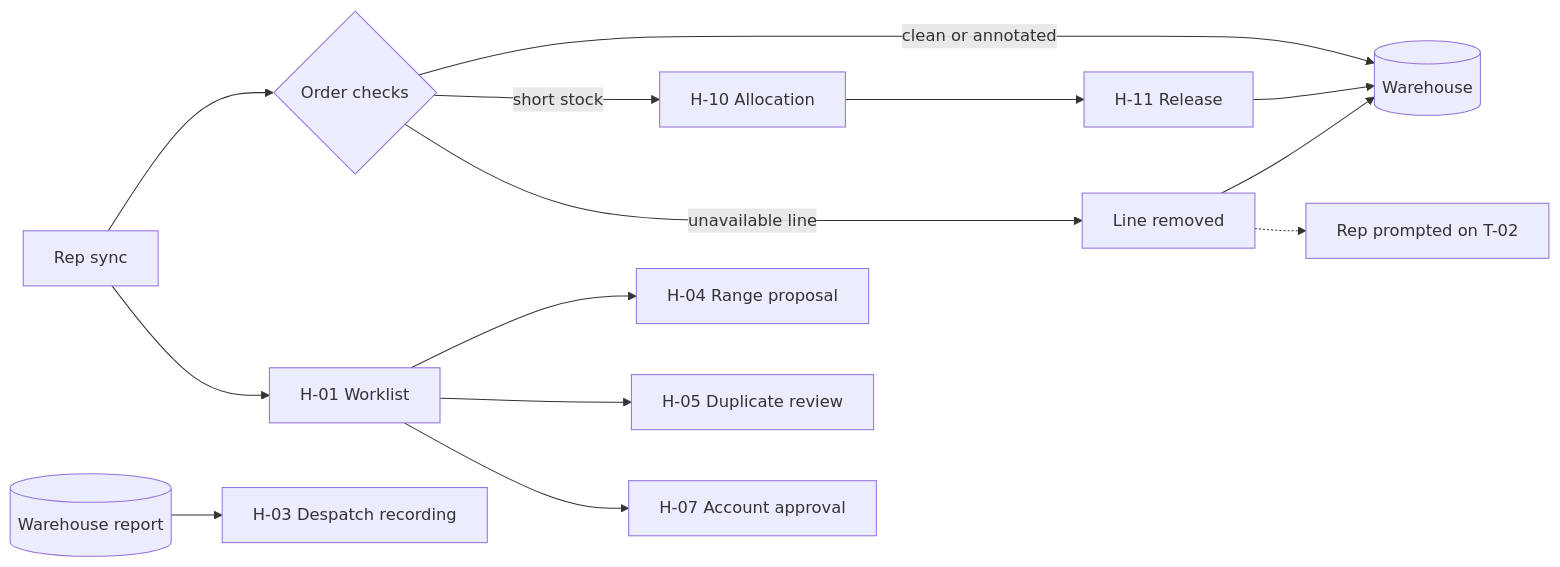
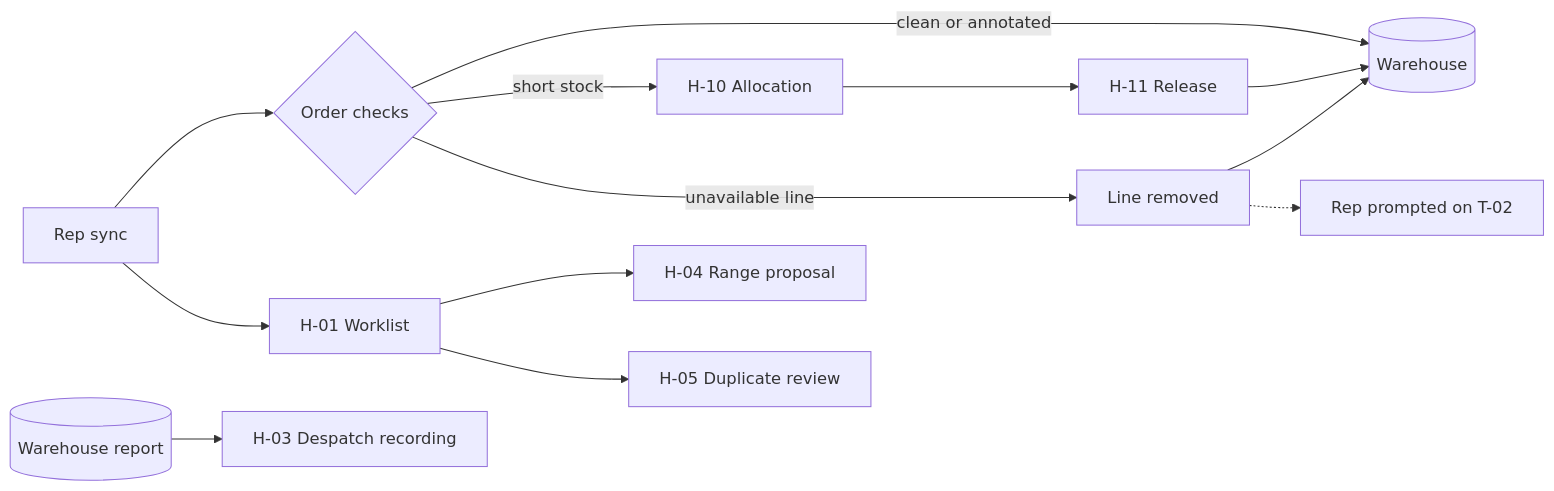
Before and after one commit to ColmKenna/field_sales_stories: the diagram in plan_docs/uxdocs/02-head-office.md, drawn with Mermaid. The commit also changed other lines of this file and 9 other files, not shown here.

````diff
--- a/plan_docs/uxdocs/02-head-office.md
+++ b/plan_docs/uxdocs/02-head-office.md
@@ -10,14 +10,14 @@
 ```mermaid
 flowchart LR
     S[Rep sync] --> AUTO{Order checks}
     AUTO -->|clean or annotated| WH[(Warehouse)]
     AUTO -->|short stock| AL[H-10 Allocation]
     AL --> R2[H-11 Release] --> WH
     AUTO -->|unavailable line| REJ[Line removed] --> WH
     REJ -.-> HOME[Rep prompted on T-02]
     S --> W[H-01 Worklist]
     W --> P[H-04 Range proposal]
     W --> D[H-05 Duplicate review]
-    W --> ACC[H-07 Account approval]
+    %% H-07 Account approval replaced by M-17 on the manager website (26 Sep 2026)
     WHR[(Warehouse report)] --> DS[H-03 Despatch recording]
 ```
````
